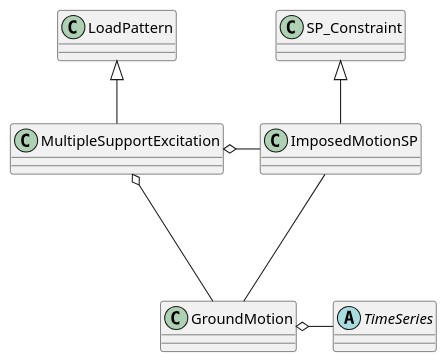
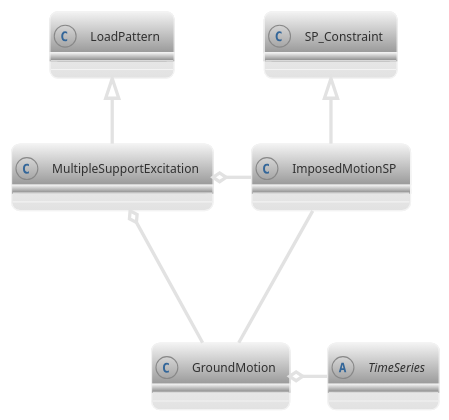
Before and after one commit to STAIRlab/sees: the diagram in docs/reference/objects/Load_Pattern/403-Multi-Support Excitation Pattern.md, drawn with PlantUML. The commit also changed 37 other files, not shown here.

````diff
--- a/docs/reference/objects/Load_Pattern/403-Multi-Support Excitation Pattern.md
+++ b/docs/reference/objects/Load_Pattern/403-Multi-Support Excitation Pattern.md
@@ -9,9 +9,11 @@
 ```plantuml
+'!theme mars
+!theme lightgray
 abstract class TimeSeries 
 LoadPattern <|-- MultipleSupportExcitation 
 MultipleSupportExcitation o- GroundMotion
 MultipleSupportExcitation o- ImposedMotionSP 
 ImposedMotionSP --- GroundMotion 
 SP_Constraint <|-- ImposedMotionSP 
 GroundMotion o- TimeSeries 
 ```
````
